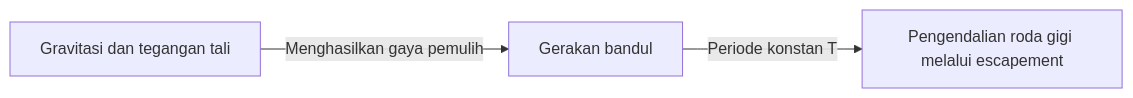
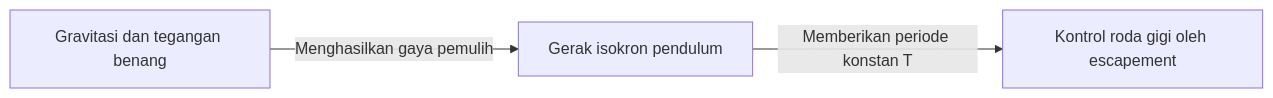
One commit to kenjinote/blog changed the second of 3 diagrams in content/post/history-of-timekeeping-technology/index.id.md. Above: the diagram before and after it, drawn with Mermaid. The commit also changed other lines of this file and 129 other files, not shown here.

````diff
--- a/content/post/history-of-timekeeping-technology/index.id.md
+++ b/content/post/history-of-timekeeping-technology/index.id.md
@@ -36,5 +41,5 @@
 ```mermaid
 graph LR
-    A["Gravitasi dan tegangan tali"] -- "Menghasilkan gaya pemulih" --> B["Gerakan bandul"]
-    B -- "Periode konstan T" --> C["Pengendalian roda gigi melalui escapement"]
+    A["Gravitasi dan tegangan benang"] -- "Menghasilkan gaya pemulih" --> B["Gerak isokron pendulum"]
+    B -- "Memberikan periode konstan T" --> C["Kontrol roda gigi oleh escapement"]
 ```
````
